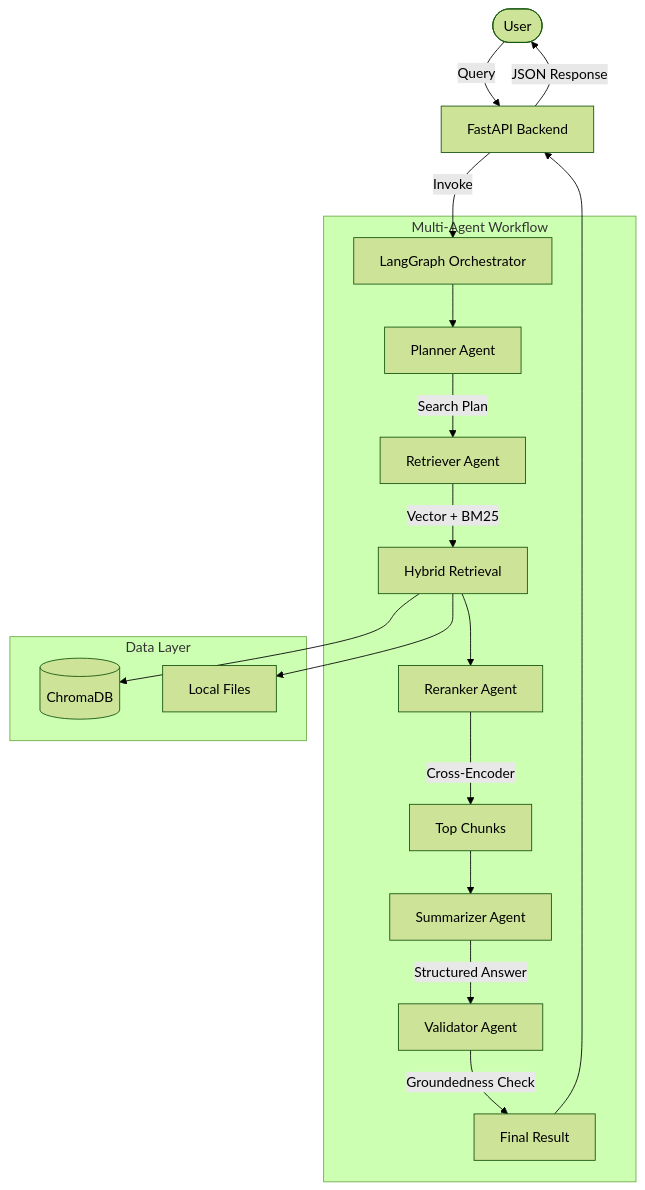
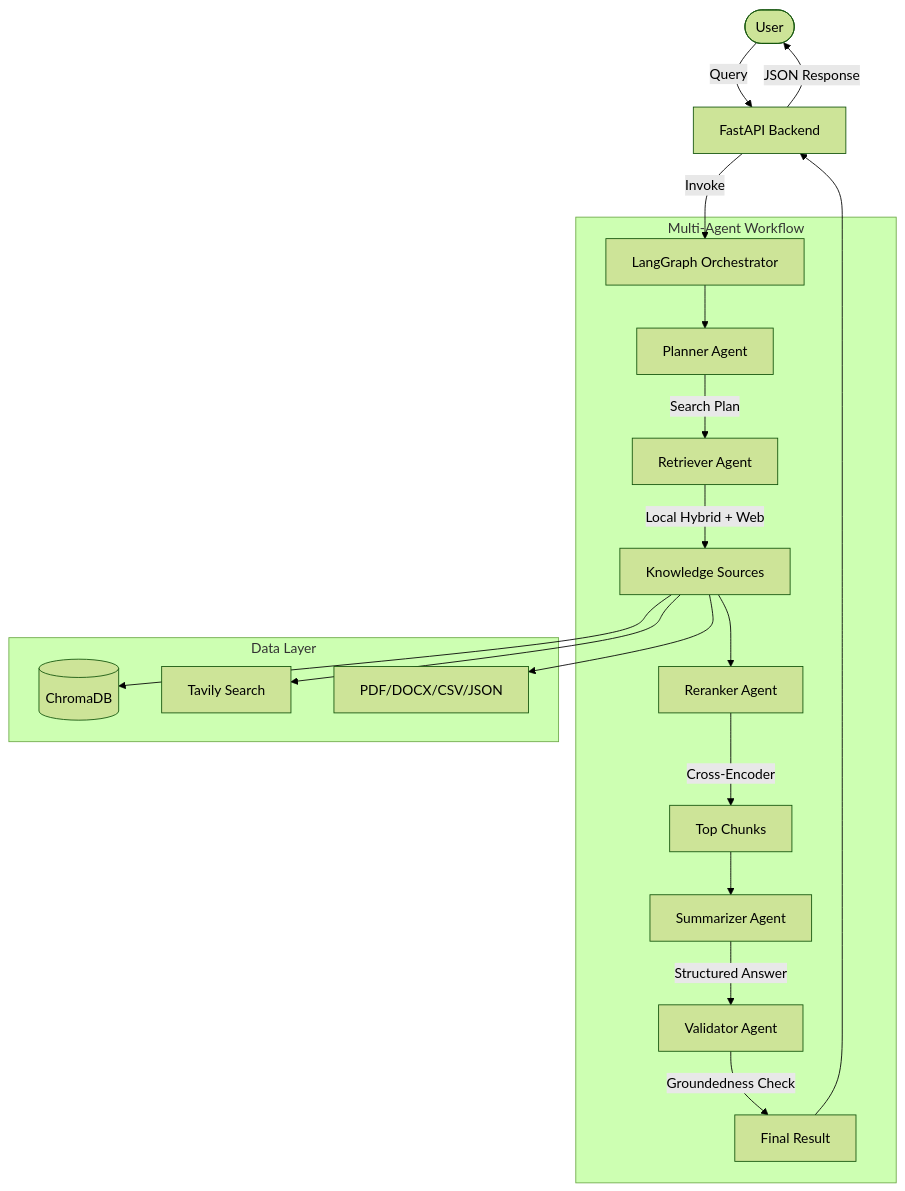
Before and after one commit to akarshitawasthi07/meka-multi-agent-rag: the diagram in README.md, drawn with Mermaid (forest theme). The commit also changed other lines of this file and 21 other files, not shown here.

Commit message:
feat: complete multi-agent MEKA system with memory, web search, and history

````diff
--- a/README.md
+++ b/README.md
@@ -7,24 +7,25 @@
 ```mermaid
 graph TD
     User([User]) -->|Query| API[FastAPI Backend]
     API -->|Invoke| Orchestrator[LangGraph Orchestrator]
     
     subgraph Multi-Agent Workflow
         Orchestrator --> Planner[Planner Agent]
         Planner -->|Search Plan| Retriever[Retriever Agent]
-        Retriever -->|Vector + BM25| HybridSearch[Hybrid Retrieval]
-        HybridSearch --> Reranker[Reranker Agent]
+        Retriever -->|Local Hybrid + Web| DataSources[Knowledge Sources]
+        DataSources --> Reranker[Reranker Agent]
         Reranker -->|Cross-Encoder| TopChunks[Top Chunks]
         TopChunks --> Summarizer[Summarizer Agent]
         Summarizer -->|Structured Answer| Validator[Validator Agent]
         Validator -->|Groundedness Check| FinalResult[Final Result]
     end
     
+    subgraph Data Layer
+        DataSources --> ChromaDB[(ChromaDB)]
+        DataSources --> Web[Tavily Search]
+        DataSources --> LocalFiles[PDF/DOCX/CSV/JSON]
+    end
+    
     FinalResult --> API
     API -->|JSON Response| User
-    
-    subgraph Data Layer
-        HybridSearch --> ChromaDB[(ChromaDB)]
-        HybridSearch --> DataFiles[Local Files]
-    end
 ```
````
